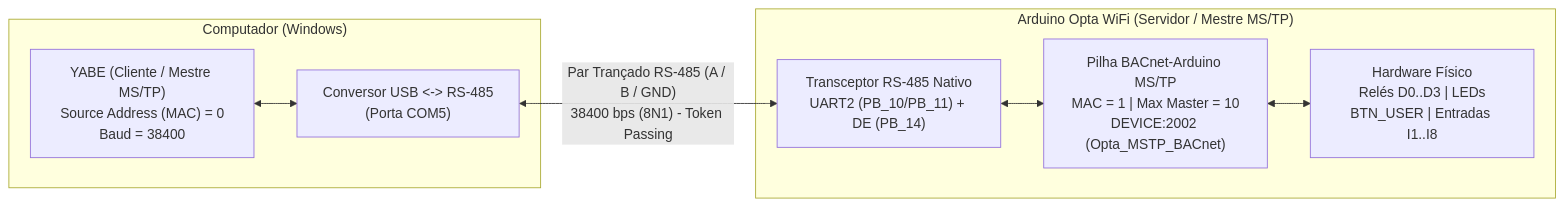
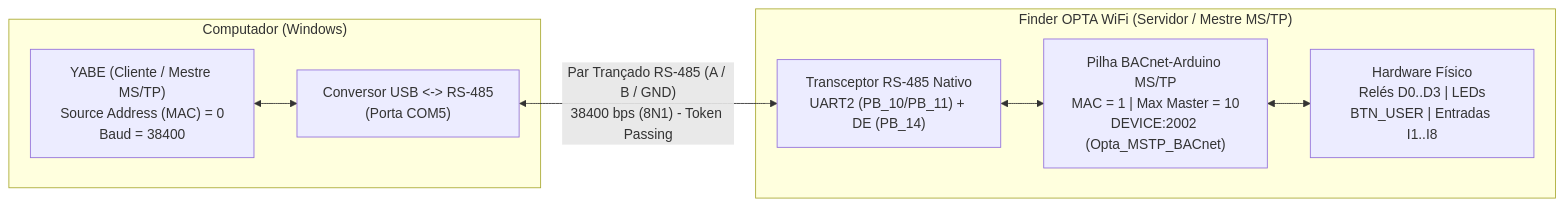
The first of 2 diagrams in docs/BACnet_MSTP_Arduino_Opta.md (DanielfArcos/BACnet-Finder-OPTA), drawn with Mermaid before and after one commit. The commit also changed other lines of this file and 8 other files, not shown here.

Commit message:
Docs & sketches: atualiza nomenclatura para Finder OPTA e pacotes ZIP

````diff
--- a/docs/BACnet_MSTP_Arduino_Opta.md
+++ b/docs/BACnet_MSTP_Arduino_Opta.md
@@ -32,18 +32,18 @@
 ```mermaid
 flowchart LR
     subgraph PC["Computador (Windows)"]
         YABE["YABE (Cliente / Mestre MS/TP)\nSource Address (MAC) = 0\nBaud = 38400"]
         USB485["Conversor USB <-> RS-485\n(Porta COM5)"]
         YABE <--> USB485
     end
 
-    subgraph OPTA["Arduino Opta WiFi (Servidor / Mestre MS/TP)"]
+    subgraph OPTA["Finder OPTA WiFi (Servidor / Mestre MS/TP)"]
         RS485PORT["Transceptor RS-485 Nativo\nUART2 (PB_10/PB_11) + DE (PB_14)"]
         MSTPSTACK["Pilha BACnet-Arduino MS/TP\nMAC = 1 | Max Master = 10\nDEVICE:2002 (Opta_MSTP_BACnet)"]
         IO["Hardware Físico\nRelés D0..D3 | LEDs\nBTN_USER | Entradas I1..I8"]
         RS485PORT <--> MSTPSTACK
         MSTPSTACK <--> IO
     end
 
     USB485 <-->|"Par Trançado RS-485 (A / B / GND)\n38400 bps (8N1) - Token Passing"| RS485PORT
 ```
````
